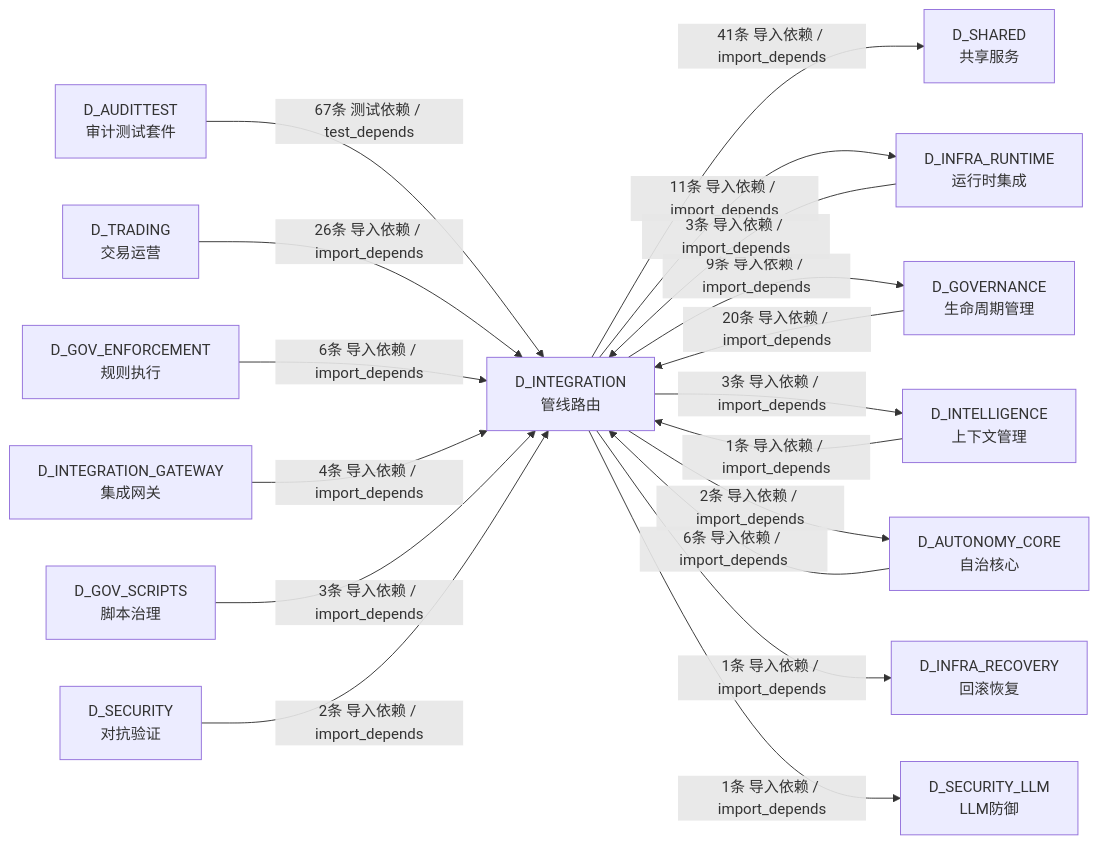
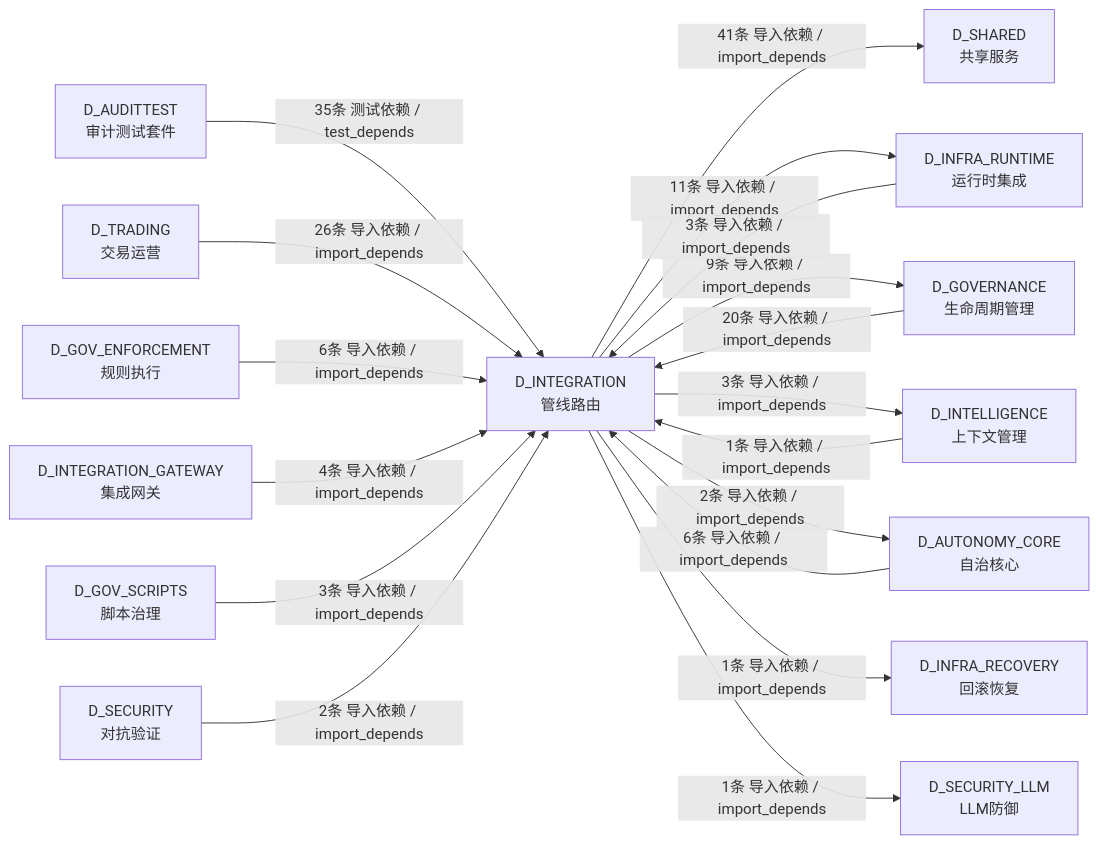
Before and after one commit to xuanFelixVan/ZephyrAlpha: the sixth of 6 diagrams in docs/02_enterprise_architecture/02_domain_architecture_docs/12_d_integration.md, drawn with Mermaid. The commit also changed other lines of this file and 100 other files, not shown here.

````diff
--- a/docs/02_enterprise_architecture/02_domain_architecture_docs/12_d_integration.md
+++ b/docs/02_enterprise_architecture/02_domain_architecture_docs/12_d_integration.md
@@ -829,34 +797,34 @@
 ```mermaid
 graph LR
     D_INTEGRATION["D_INTEGRATION<br/>管线路由"]
     D_SHARED["D_SHARED<br/>共享服务"]
     D_INFRA_RUNTIME["D_INFRA_RUNTIME<br/>运行时集成"]
     D_GOVERNANCE["D_GOVERNANCE<br/>生命周期管理"]
     D_INTELLIGENCE["D_INTELLIGENCE<br/>上下文管理"]
     D_AUTONOMY_CORE["D_AUTONOMY_CORE<br/>自治核心"]
     D_INFRA_RECOVERY["D_INFRA_RECOVERY<br/>回滚恢复"]
     D_SECURITY_LLM["D_SECURITY_LLM<br/>LLM防御"]
     D_AUDITTEST["D_AUDITTEST<br/>审计测试套件"]
     D_TRADING["D_TRADING<br/>交易运营"]
     D_GOV_ENFORCEMENT["D_GOV_ENFORCEMENT<br/>规则执行"]
     D_INTEGRATION_GATEWAY["D_INTEGRATION_GATEWAY<br/>集成网关"]
     D_GOV_SCRIPTS["D_GOV_SCRIPTS<br/>脚本治理"]
     D_SECURITY["D_SECURITY<br/>对抗验证"]
     D_INTEGRATION -->|41条 导入依赖 / import_depends| D_SHARED
     D_INTEGRATION -->|11条 导入依赖 / import_depends| D_INFRA_RUNTIME
     D_INTEGRATION -->|9条 导入依赖 / import_depends| D_GOVERNANCE
     D_INTEGRATION -->|3条 导入依赖 / import_depends| D_INTELLIGENCE
     D_INTEGRATION -->|2条 导入依赖 / import_depends| D_AUTONOMY_CORE
     D_INTEGRATION -->|1条 导入依赖 / import_depends| D_INFRA_RECOVERY
     D_INTEGRATION -->|1条 导入依赖 / import_depends| D_SECURITY_LLM
-    D_AUDITTEST -->|67条 测试依赖 / test_depends| D_INTEGRATION
+    D_AUDITTEST -->|35条 测试依赖 / test_depends| D_INTEGRATION
     D_TRADING -->|26条 导入依赖 / import_depends| D_INTEGRATION
     D_GOVERNANCE -->|20条 导入依赖 / import_depends| D_INTEGRATION
     D_GOV_ENFORCEMENT -->|6条 导入依赖 / import_depends| D_INTEGRATION
     D_AUTONOMY_CORE -->|6条 导入依赖 / import_depends| D_INTEGRATION
     D_INTEGRATION_GATEWAY -->|4条 导入依赖 / import_depends| D_INTEGRATION
     D_INFRA_RUNTIME -->|3条 导入依赖 / import_depends| D_INTEGRATION
     D_GOV_SCRIPTS -->|3条 导入依赖 / import_depends| D_INTEGRATION
     D_SECURITY -->|2条 导入依赖 / import_depends| D_INTEGRATION
     D_INTELLIGENCE -->|1条 导入依赖 / import_depends| D_INTEGRATION
 ```
````
